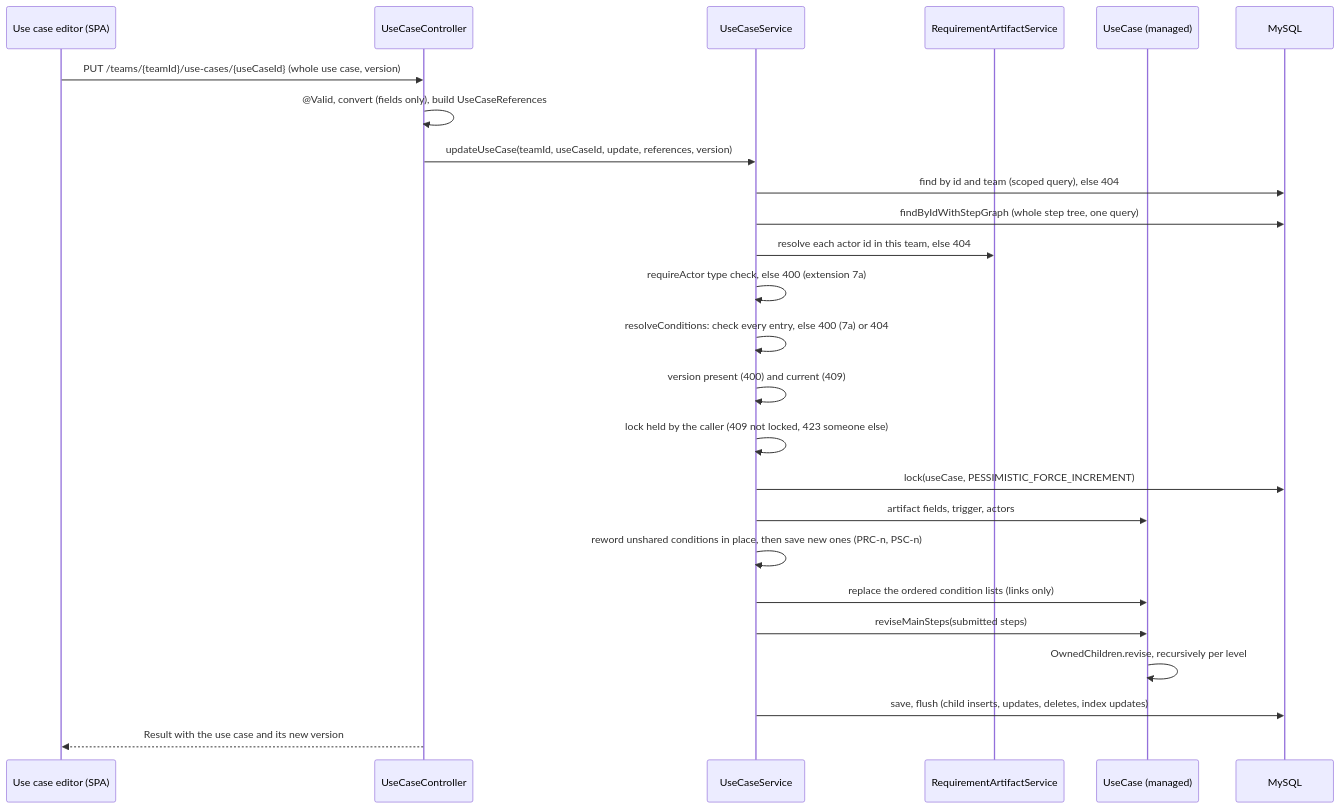
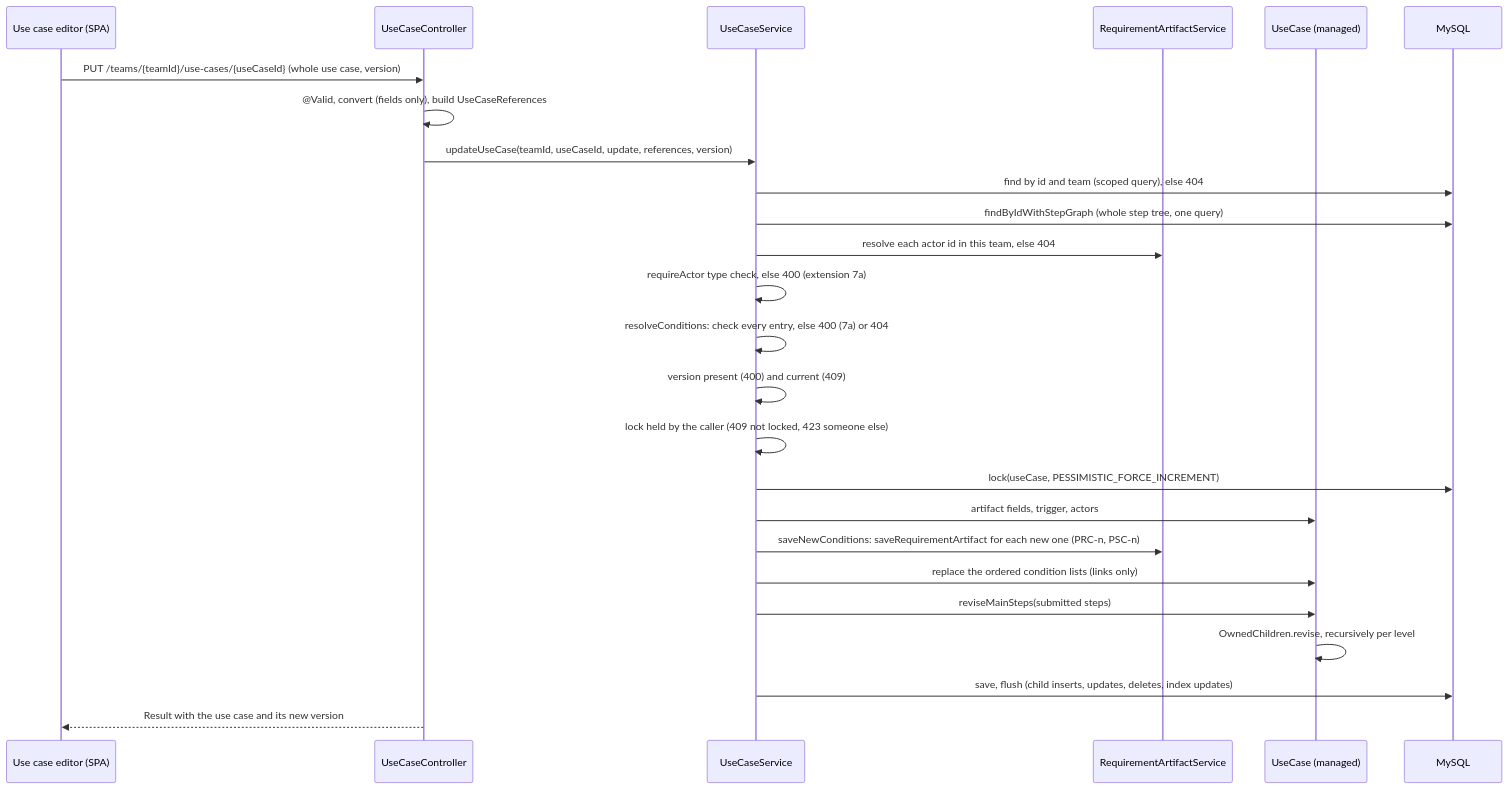
The third of 8 diagrams in docs/design/doc.md (Washingtonwei/project-pulse), drawn with Mermaid before and after one commit. The commit also changed other lines of this file and 4 other files, not shown here.

````diff
--- a/docs/design/doc.md
+++ b/docs/design/doc.md
@@ -171,27 +171,27 @@
 ```mermaid
 sequenceDiagram
     participant E as Use case editor (SPA)
     participant C as UseCaseController
     participant S as UseCaseService
     participant R as RequirementArtifactService
     participant U as UseCase (managed)
     participant DB as MySQL
     E->>C: PUT /teams/{teamId}/use-cases/{useCaseId} (whole use case, version)
     C->>C: @Valid, convert (fields only), build UseCaseReferences
     C->>S: updateUseCase(teamId, useCaseId, update, references, version)
     S->>DB: find by id and team (scoped query), else 404
     S->>DB: findByIdWithStepGraph (whole step tree, one query)
     S->>R: resolve each actor id in this team, else 404
     S->>S: requireActor type check, else 400 (extension 7a)
     S->>S: resolveConditions: check every entry, else 400 (7a) or 404
     S->>S: version present (400) and current (409)
     S->>S: lock held by the caller (409 not locked, 423 someone else)
     S->>DB: lock(useCase, PESSIMISTIC_FORCE_INCREMENT)
     S->>U: artifact fields, trigger, actors
-    S->>S: reword unshared conditions in place, then save new ones (PRC-n, PSC-n)
+    S->>R: saveNewConditions: saveRequirementArtifact for each new one (PRC-n, PSC-n)
     S->>U: replace the ordered condition lists (links only)
     S->>U: reviseMainSteps(submitted steps)
     U->>U: OwnedChildren.revise, recursively per level
     S->>DB: save, flush (child inserts, updates, deletes, index updates)
     C-->>E: Result with the use case and its new version
 ```
````
